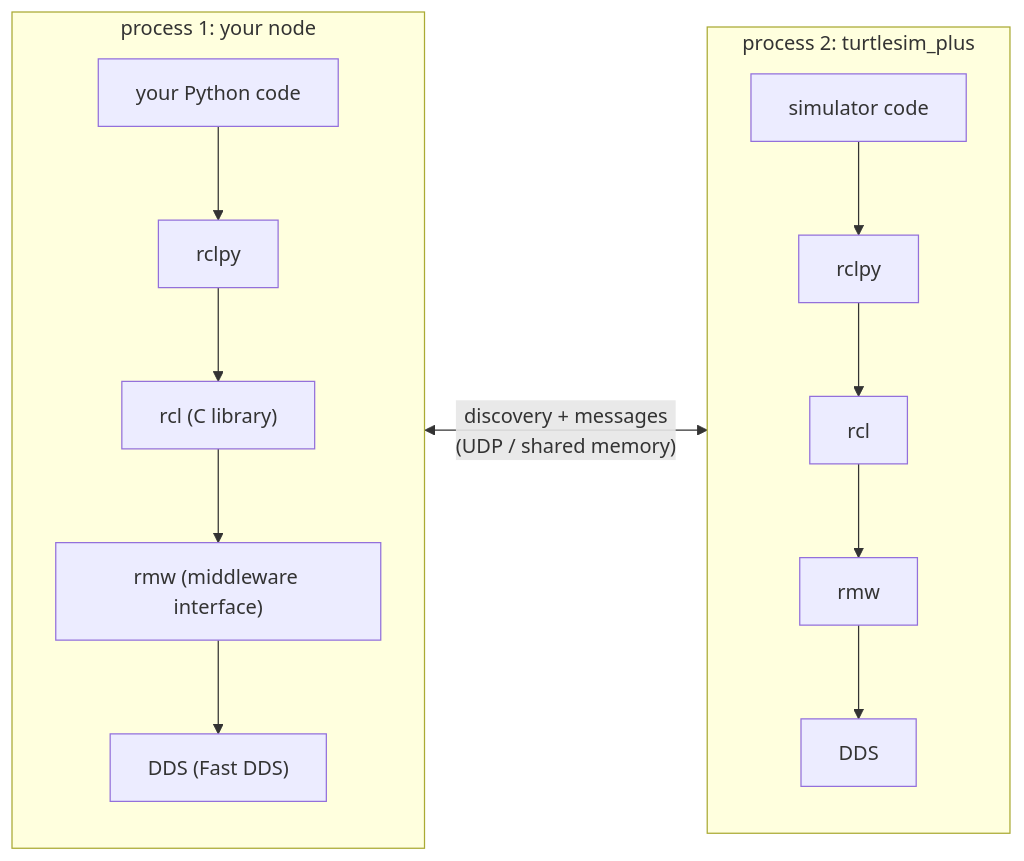
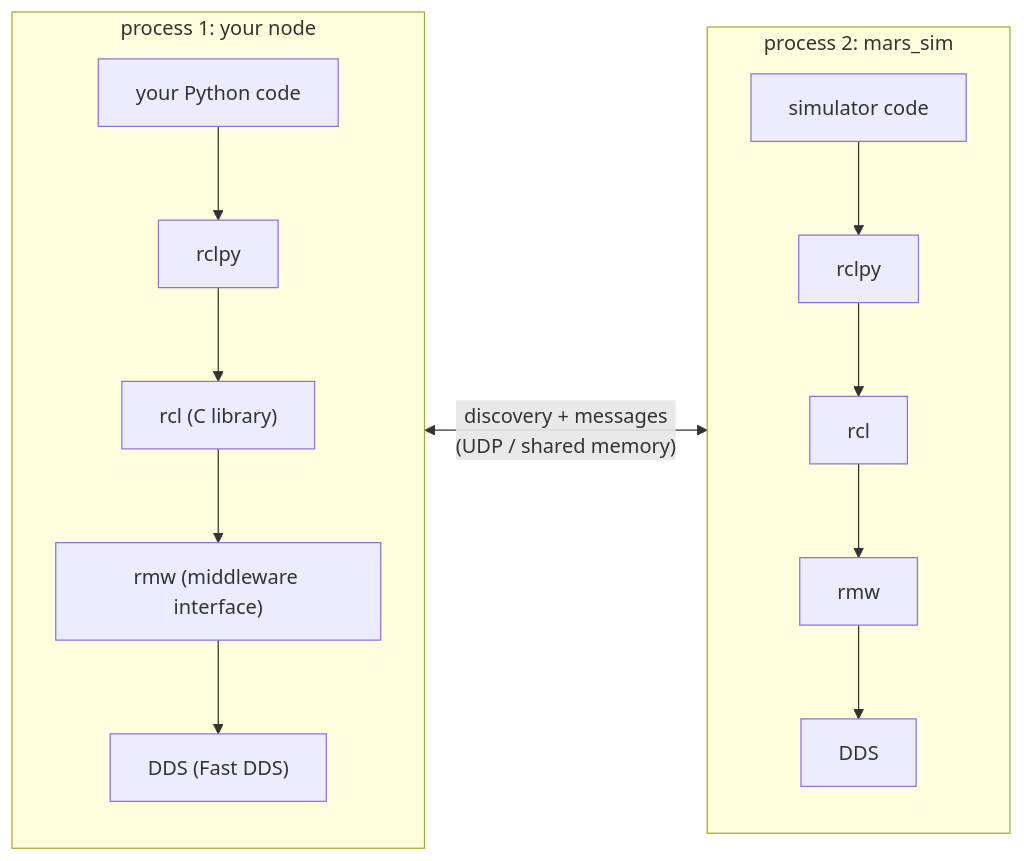
Diagram 14 of 14 in ARCHITECTURE.md (kittinook/ros2_tutorial), drawn with Mermaid before and after one commit. The commit also changed other lines of this file and 183 other files, not shown here.

````diff
--- a/ARCHITECTURE.md
+++ b/ARCHITECTURE.md
@@ -354,12 +383,12 @@
 ```mermaid
 flowchart LR
     subgraph P1["process 1: your node"]
         direction TB
         A1["your Python code"] --> B1["rclpy"] --> C1["rcl (C library)"] --> D1["rmw (middleware interface)"] --> E1["DDS (Fast DDS)"]
     end
-    subgraph P2["process 2: turtlesim_plus"]
+    subgraph P2["process 2: mars_sim"]
         direction TB
         A2["simulator code"] --> B2["rclpy"] --> C2["rcl"] --> D2["rmw"] --> E2["DDS"]
     end
     P1 <-- "discovery + messages<br/>(UDP / shared memory)" --> P2
 ```
````
